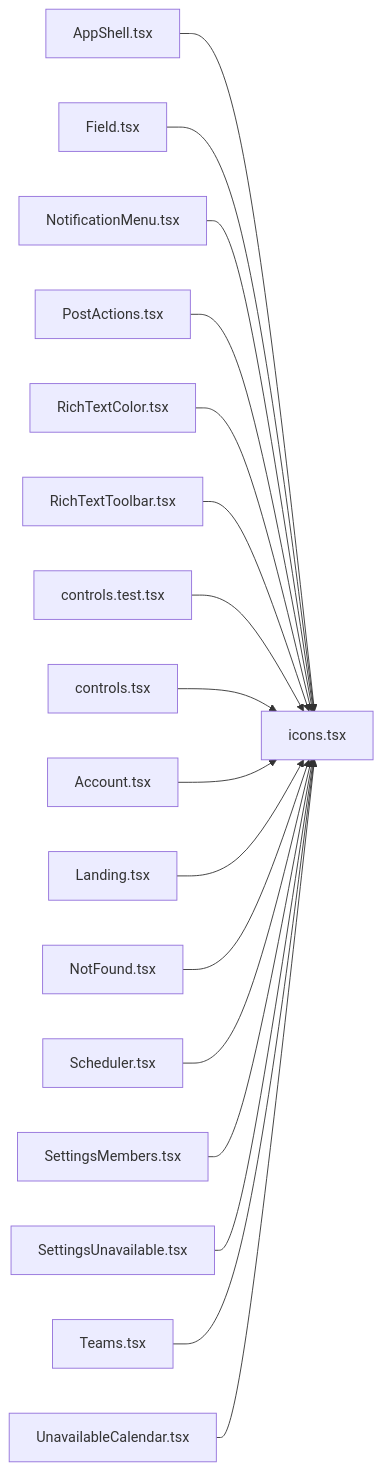
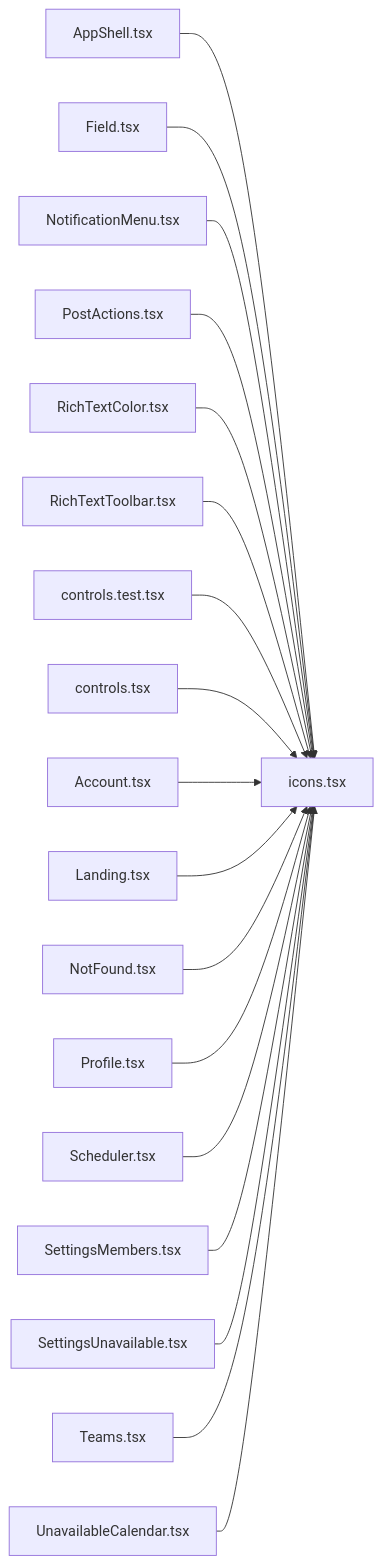
One commit to minkong-dev/Banblit changed the diagram in .cluedoc/graph/frontend/src/components/icons.md. Above: the diagram before and after it, drawn with Mermaid. The commit also changed other lines of this file and 29 other files, not shown here.

````diff
--- a/.cluedoc/graph/frontend/src/components/icons.md
+++ b/.cluedoc/graph/frontend/src/components/icons.md
@@ -10,20 +10,21 @@
 ```mermaid
 flowchart LR
   frontend_src_components_icons["icons.tsx"]
   frontend_src_components_AppShell["AppShell.tsx"] --> frontend_src_components_icons
   frontend_src_components_Field["Field.tsx"] --> frontend_src_components_icons
   frontend_src_components_NotificationMenu["NotificationMenu.tsx"] --> frontend_src_components_icons
   frontend_src_components_PostActions["PostActions.tsx"] --> frontend_src_components_icons
   frontend_src_components_RichTextColor["RichTextColor.tsx"] --> frontend_src_components_icons
   frontend_src_components_RichTextToolbar["RichTextToolbar.tsx"] --> frontend_src_components_icons
   frontend_src_components_controls_test["controls.test.tsx"] --> frontend_src_components_icons
   frontend_src_components_controls["controls.tsx"] --> frontend_src_components_icons
   frontend_src_routes_Account["Account.tsx"] --> frontend_src_components_icons
   frontend_src_routes_Landing["Landing.tsx"] --> frontend_src_components_icons
   frontend_src_routes_NotFound["NotFound.tsx"] --> frontend_src_components_icons
+  frontend_src_routes_Profile["Profile.tsx"] --> frontend_src_components_icons
   frontend_src_routes_Scheduler["Scheduler.tsx"] --> frontend_src_components_icons
   frontend_src_routes_SettingsMembers["SettingsMembers.tsx"] --> frontend_src_components_icons
   frontend_src_routes_SettingsUnavailable["SettingsUnavailable.tsx"] --> frontend_src_components_icons
   frontend_src_routes_Teams["Teams.tsx"] --> frontend_src_components_icons
   frontend_src_routes_UnavailableCalendar["UnavailableCalendar.tsx"] --> frontend_src_components_icons
 ```
````
